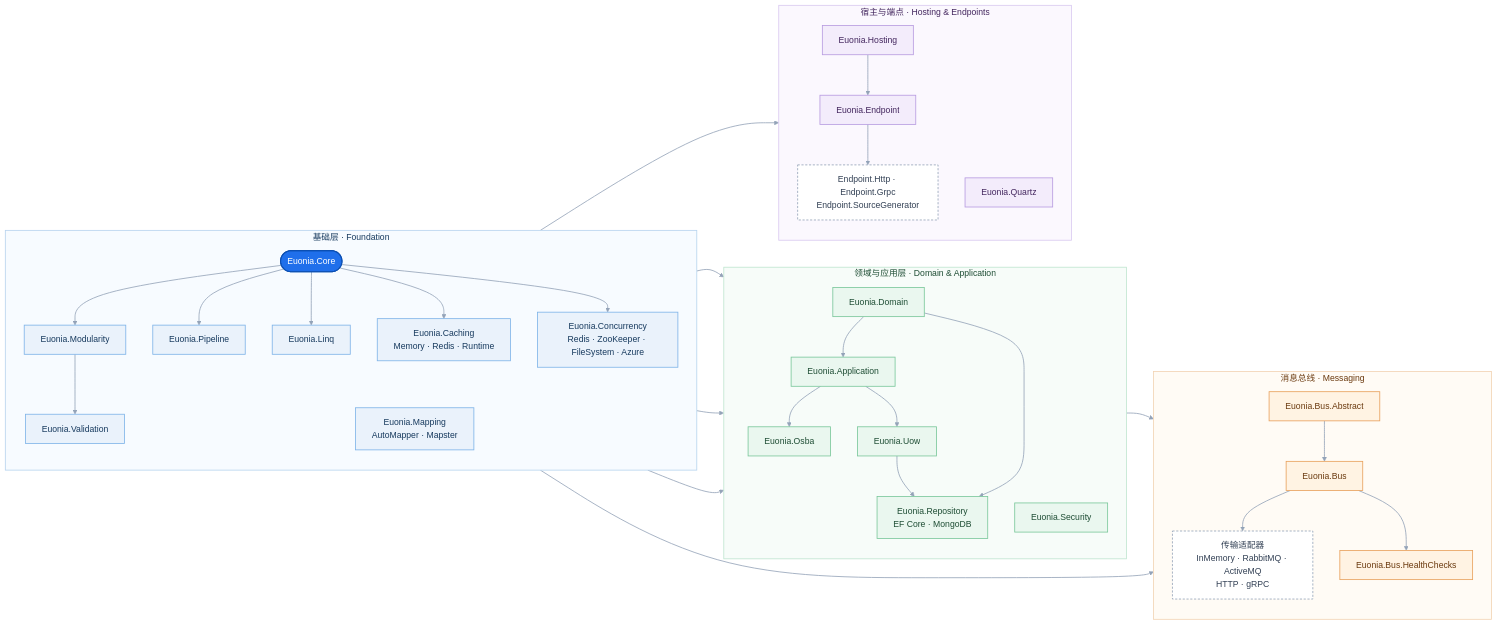
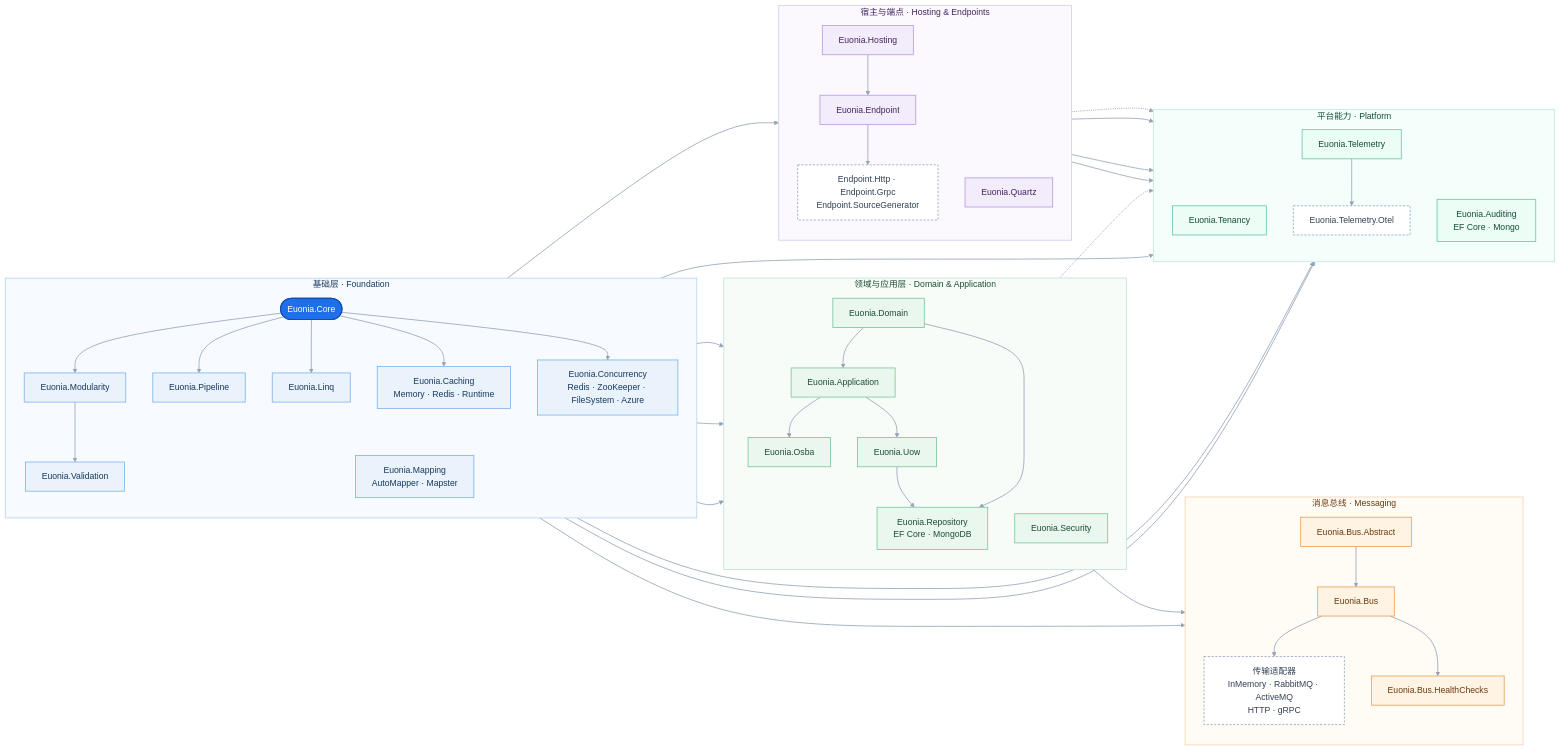
Before and after one commit to euonia-project/euonia-dotnet: the diagram in README.md, drawn with Mermaid. The commit also changed other lines of this file and 262 other files, not shown here.

````diff
--- a/README.md
+++ b/README.md
@@ -43,6 +44,14 @@
         Validation["Euonia.Validation"]
         Caching["Euonia.Caching<br/>Memory · Redis · Runtime"]
         Concurrency["Euonia.Concurrency<br/>Redis · ZooKeeper · FileSystem · Azure"]
+    end
+
+    subgraph P["平台能力 · Platform"]
+        direction TB
+        Tenancy["Euonia.Tenancy"]
+        Auditing["Euonia.Auditing<br/>EF Core · Mongo"]
+        Telemetry["Euonia.Telemetry"]
+        Otel["Euonia.Telemetry.Otel"]
     end
 
     subgraph D["领域与应用层 · Domain & Application"]
@@ -78,6 +87,15 @@
     Core --> Concurrency
     Core --> Domain
     Core --> Security
+    Core --> Tenancy
+    Core --> Auditing
+    Core --> Telemetry
+    Telemetry --> Otel
+    Repository -.-> Tenancy
+    Quartz -.-> Tenancy
+    Hosting --> Tenancy
+    Hosting --> Auditing
+    Hosting --> Telemetry
     Modularity --> Application
     Modularity --> Hosting
     Modularity --> Validation
@@ -99,6 +117,7 @@
     classDef domain fill:#EAF7EF,stroke:#79C79A,color:#1E4D34,stroke-width:1.5px
     classDef messaging fill:#FFF3E3,stroke:#E8A15C,color:#6B3A0F,stroke-width:1.5px
     classDef hosting fill:#F3ECFB,stroke:#B79BE0,color:#43265E,stroke-width:1.5px
+    classDef platform fill:#ECFDF5,stroke:#6EC5A8,color:#134E3A,stroke-width:1.5px
     classDef aggregate fill:#FFFFFF,stroke:#94A3B8,color:#334155,stroke-width:1.5px,stroke-dasharray: 4 3
 
     class Core core
@@ -106,12 +125,15 @@
     class Domain,Application,Uow,Repository,Osba,Security domain
     class BusAbstract,Bus,BusHealth messaging
     class Hosting,Endpoint,Quartz hosting
+    class Tenancy,Auditing,Telemetry platform
+    class Otel aggregate
     class Transports,EndpointImpl aggregate
 
     style F fill:#F7FBFF,stroke:#B7D3EE,stroke-width:1.5px,color:#173A5E
     style D fill:#F7FCF9,stroke:#BFE5CF,stroke-width:1.5px,color:#1E4D34
     style M fill:#FFFBF5,stroke:#F2D3B3,stroke-width:1.5px,color:#6B3A0F
     style H fill:#FBF8FE,stroke:#D9C9F0,stroke-width:1.5px,color:#43265E
+    style P fill:#F4FEFB,stroke:#BFEADB,stroke-width:1.5px,color:#134E3A
 
     linkStyle default stroke:#94A3B8,stroke-width:1.5px
 ```
````
